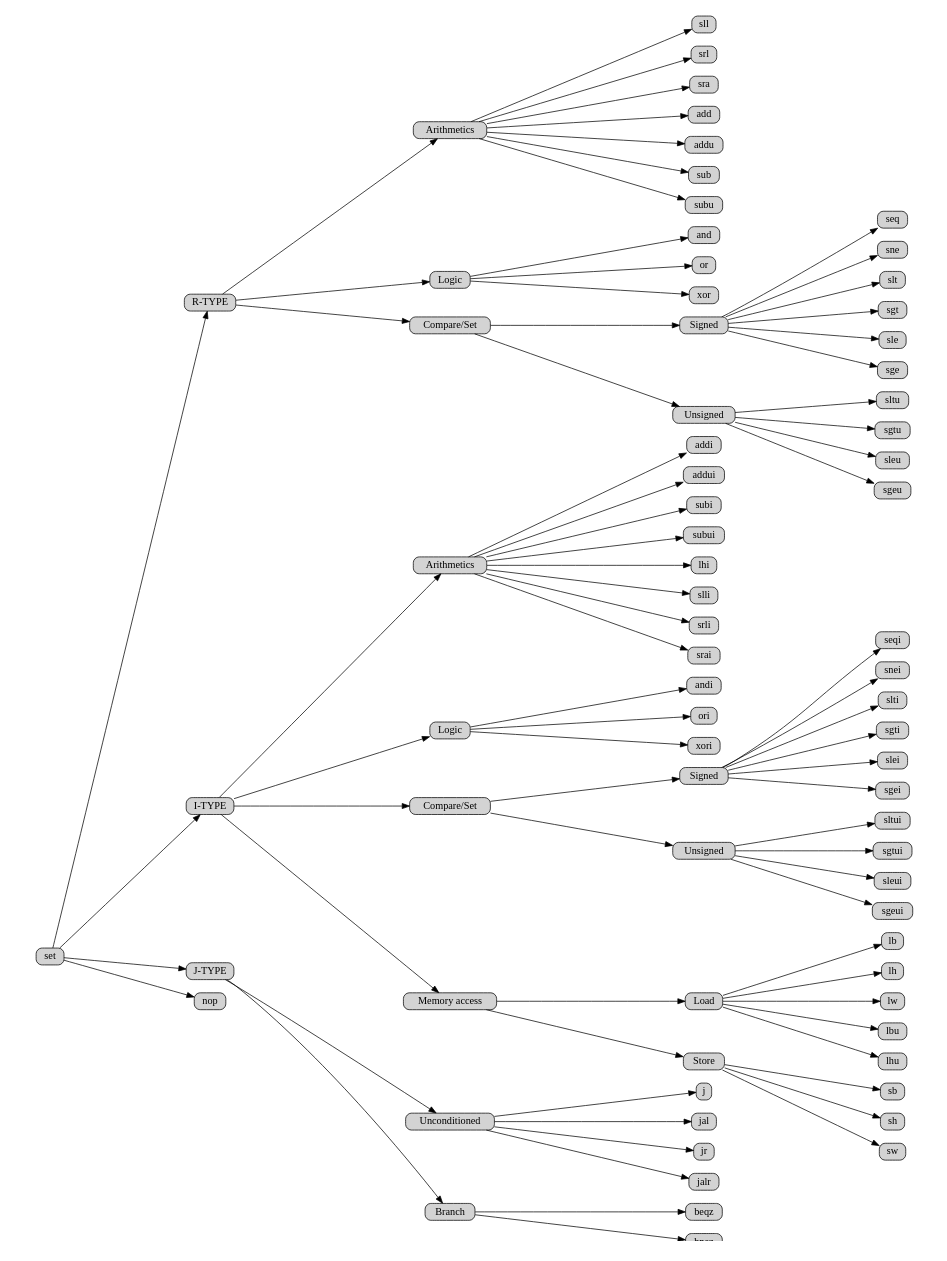
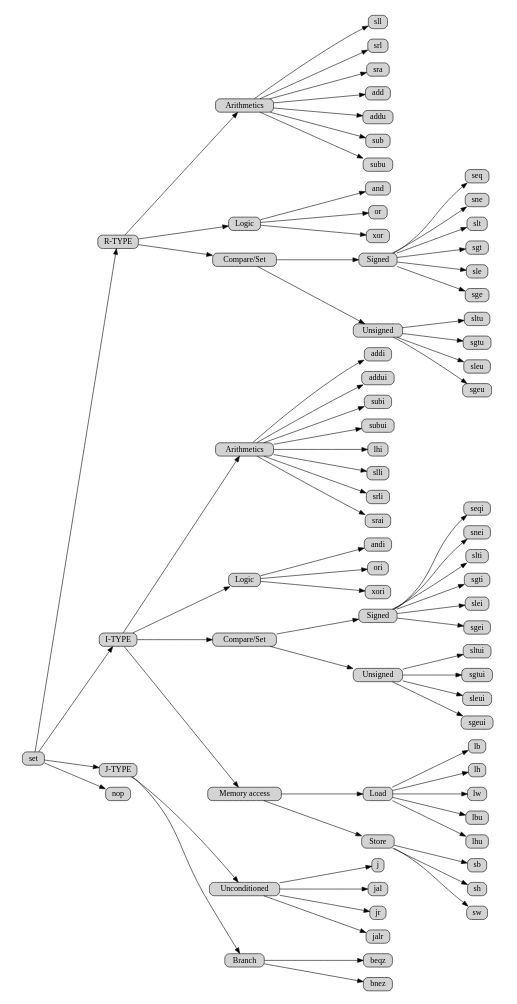
Before and after one commit to miia/dumbledore: the diagram in doc/Instruction_set.dot, drawn with Graphviz. The commit also changed 2 other files, not shown here.

```diff
--- a/doc/Instruction_set.dot
+++ b/doc/Instruction_set.dot
@@ -1,109 +1,109 @@
 #Generate graph with dot
 digraph ISET {
   rankdir=LR
-  size="7.5,10"
+  size="4,8"
   ratio=fill
   node [style="rounded,filled", width=0, height=0, shape=box]
   set -> r;
   r [label="R-TYPE"];
   set -> i;
   i [ label="I-TYPE"];
   set -> j;
   j [label="J-TYPE"];
   set -> nop;
 #R-type subdivision
   r -> ra;
   ra [label="Arithmetics"]
   r -> rl;
   rl [label="Logic"]
   r -> rc;
   rc [label="Compare/Set"]
   rc -> rcs;
   rcs [label="Signed"]
   rc -> rcu;
   rcu [label="Unsigned"]
 
 #I-type subdivision
   i -> ia;
   ia [label="Arithmetics"]
   i -> il;
   il [label="Logic"]
   i -> ic;
   ic [label="Compare/Set"]
   ic -> ics;
   ics [label="Signed"]
   ic -> icu;
   icu [label="Unsigned"]
   i -> m;
   m [label="Memory access"]
   m -> ml;
   ml [label="Load"]
   m -> ms;
   ms [label="Store"]
 
 #J-type subdivision
   j -> aj;
   aj [label="Unconditioned"];
   j -> b;
   b [label="Branch"];
 
 #Instructions in pdf-table order
   aj -> jmp;
   jmp [label="j"]
   aj -> jal;
   aj -> jr;
   aj -> jalr;
   b -> beqz;
   b -> bnez;
   ia -> addi;
   ia -> addui;
   ia -> subi;
   ia -> subui;
   il -> andi;
   il -> ori;
   il -> xori;
   ia -> lhi;
   ia -> slli;
   ia -> srli;
   ia -> srai;
   ics -> seqi;
   ics -> snei;
   ics -> slti;
   ics -> sgti;
   ics -> slei;
   ics -> sgei;
   ml -> lb;
   ml -> lh;
   ml -> lw;
   ml -> lbu;
   ml -> lhu;
   ms -> sb;
   ms -> sh;
   ms -> sw;
   icu -> sltui;
   icu -> sgtui;
   icu -> sleui;
   icu -> sgeui;
 
   ra -> sll;
   ra -> srl;
   ra -> sra;
   ra -> add;
   ra -> addu;
   ra -> sub;
   ra -> subu;
   rl -> and;
   rl -> or;
   rl -> xor;
   rcs -> seq;
   rcs -> sne;
   rcs -> slt;
   rcs -> sgt;
   rcs -> sle;
   rcs -> sge;
   rcu -> sltu;
   rcu -> sgtu;
   rcu -> sleu;
   rcu -> sgeu;
 
 }
```
